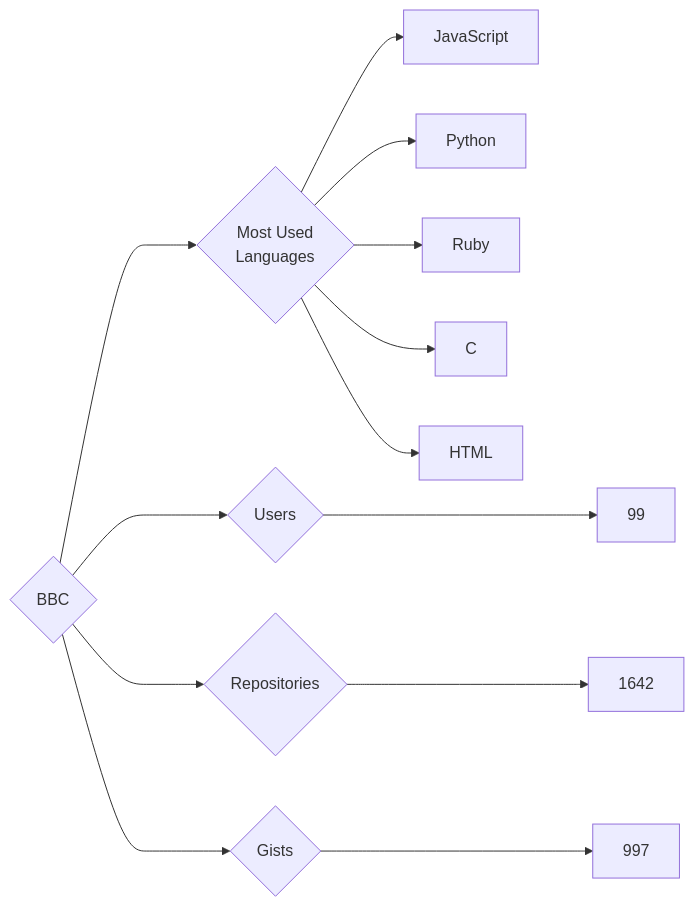
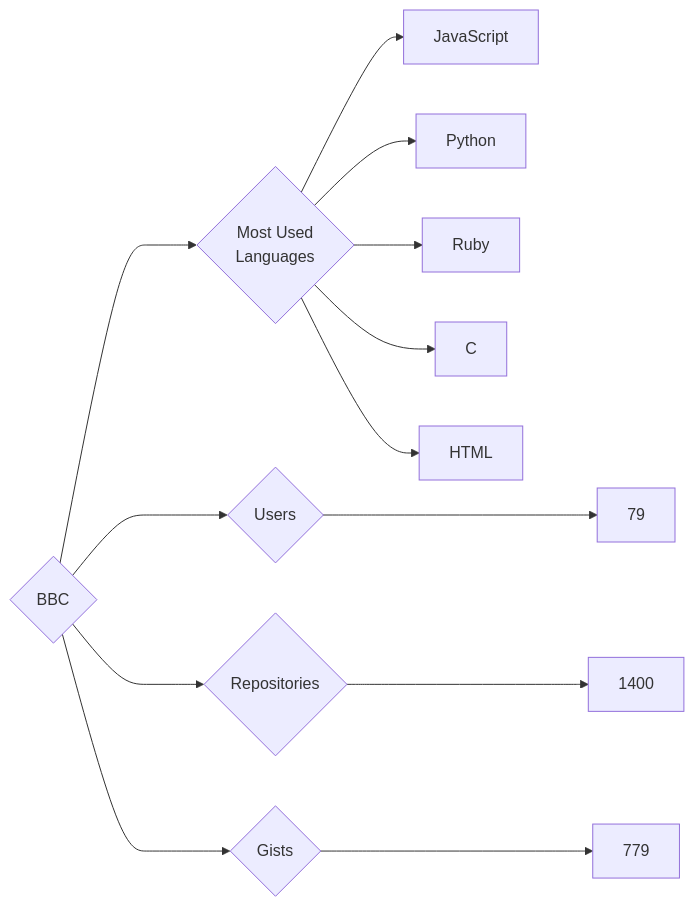
One commit to trickest/insiders changed the diagram in targets/BBC/README.md. Above: the diagram before and after it, drawn with Mermaid. The commit also changed 965 other files, not shown here.

````diff
--- a/targets/BBC/README.md
+++ b/targets/BBC/README.md
@@ -3,13 +3,13 @@
 ```mermaid
 graph LR
 COMPANY_NAME{BBC}
-COMPANY_NAME ---> U{Users} ---> UN[99]
-COMPANY_NAME ---> R{Repositories} ---> RN[1642]
-COMPANY_NAME ---> G{Gists} ---> GN[997]
+COMPANY_NAME ---> U{Users} ---> UN[79]
+COMPANY_NAME ---> R{Repositories} ---> RN[1400]
+COMPANY_NAME ---> G{Gists} ---> GN[779]
 COMPANY_NAME ---> ML{Most Used<br>Languages}
 ML --> JavaScript[JavaScript]
 ML --> Python[Python]
 ML --> Ruby[Ruby]
 ML --> C[C]
 ML --> HTML[HTML]
 ```
````
